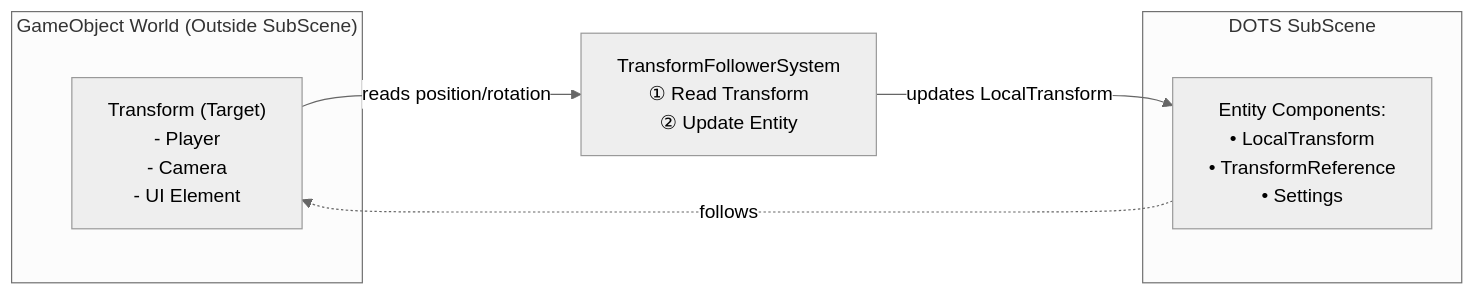
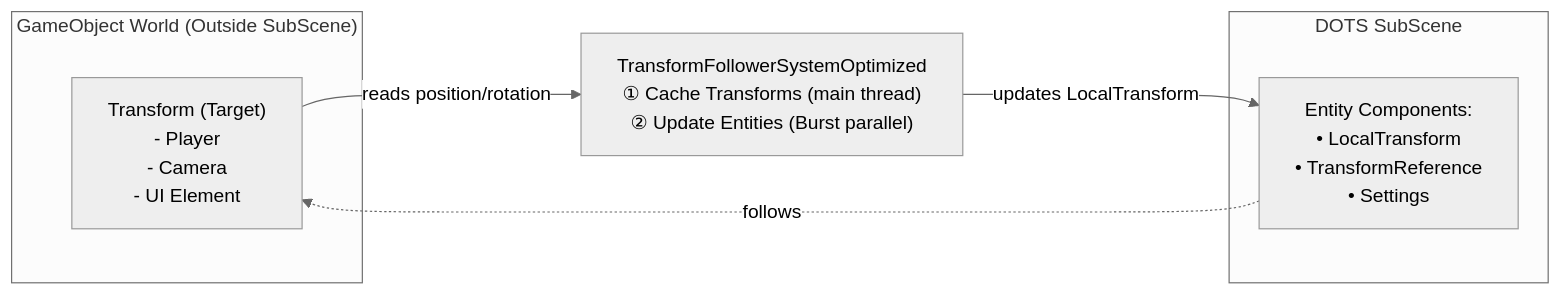
Before and after one commit to octopus8/BlueDesertFox: the first of 6 diagrams in Assets/_App/Escape Mountain/TransformFollower/Documentation/ARCHITECTURE.md, drawn with Mermaid (neutral theme). The commit also changed other lines of this file and 22 other files, not shown here.

Commit message:
Removed old TransformFollowerSystem. Fixed warnings in console at start.

````diff
--- a/Assets/_App/Escape Mountain/TransformFollower/Documentation/ARCHITECTURE.md
+++ b/Assets/_App/Escape Mountain/TransformFollower/Documentation/ARCHITECTURE.md
@@ -10,14 +10,14 @@
 ```mermaid
 flowchart LR
     subgraph GOW["GameObject World (Outside SubScene)"]
         T["Transform (Target)\n- Player\n- Camera\n- UI Element"]
     end
     subgraph SS["DOTS SubScene"]
         E["Entity Components:\n• LocalTransform\n• TransformReference\n• Settings"]
     end
-    TFS["TransformFollowerSystem\n① Read Transform\n② Update Entity"]
+    TFS["TransformFollowerSystemOptimized\n① Cache Transforms (main thread)\n② Update Entities (Burst parallel)"]
 
     T -->|"reads position/rotation"| TFS
     TFS -->|"updates LocalTransform"| E
     E -.->|"follows"| T
 ```
````
